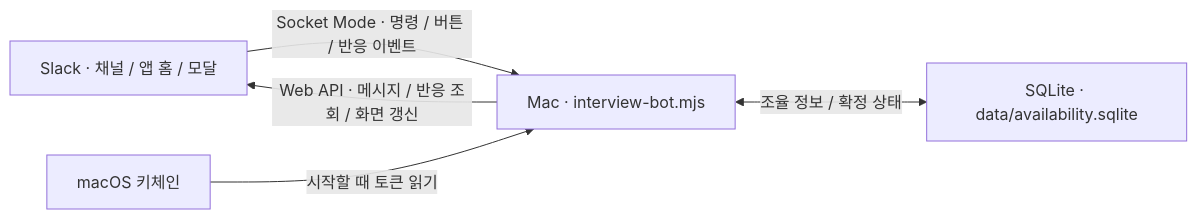
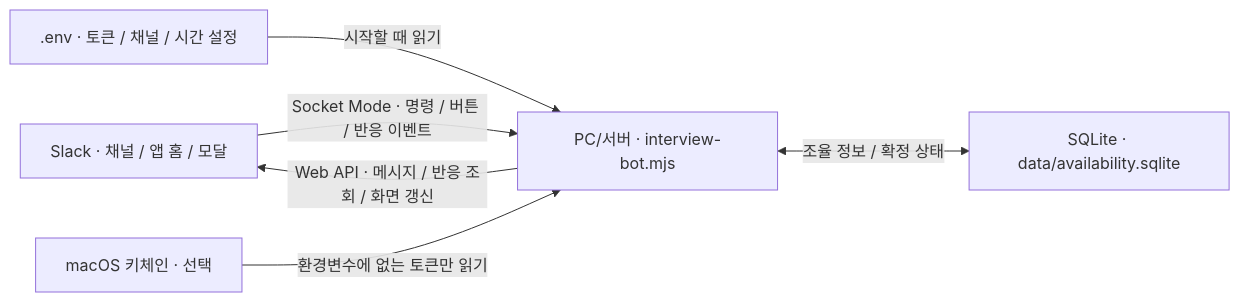
Before and after one commit to realmi-lab/slack-interview-app: the diagram in README.md, drawn with Mermaid. The commit also changed other lines of this file and 10 other files, not shown here.

````diff
--- a/README.md
+++ b/README.md
@@ -65,7 +65,8 @@
 ```mermaid
 flowchart LR
-    S["Slack · 채널 / 앱 홈 / 모달"] -->|"Socket Mode · 명령 / 버튼 / 반응 이벤트"| B["Mac · interview-bot.mjs"]
+    S["Slack · 채널 / 앱 홈 / 모달"] -->|"Socket Mode · 명령 / 버튼 / 반응 이벤트"| B["PC/서버 · interview-bot.mjs"]
     B -->|"Web API · 메시지 / 반응 조회 / 화면 갱신"| S
     B <-->|"조율 정보 / 확정 상태"| D["SQLite · data/availability.sqlite"]
-    K["macOS 키체인"] -->|"시작할 때 토큰 읽기"| B
+    E[".env · 토큰 / 채널 / 시간 설정"] -->|"시작할 때 읽기"| B
+    K["macOS 키체인 · 선택"] -->|"환경변수에 없는 토큰만 읽기"| B
 ```
````
